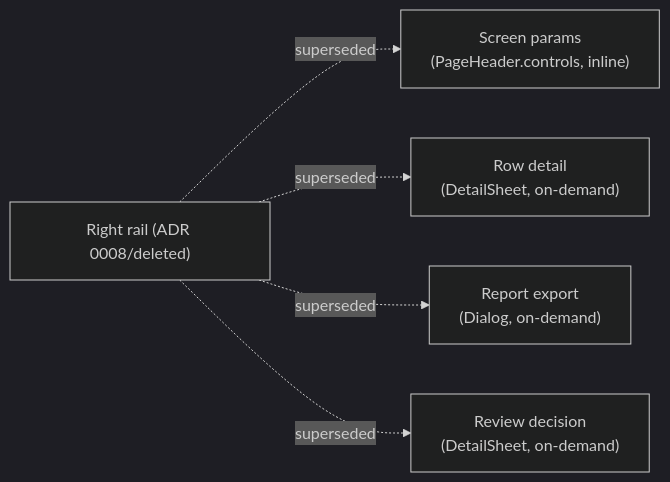
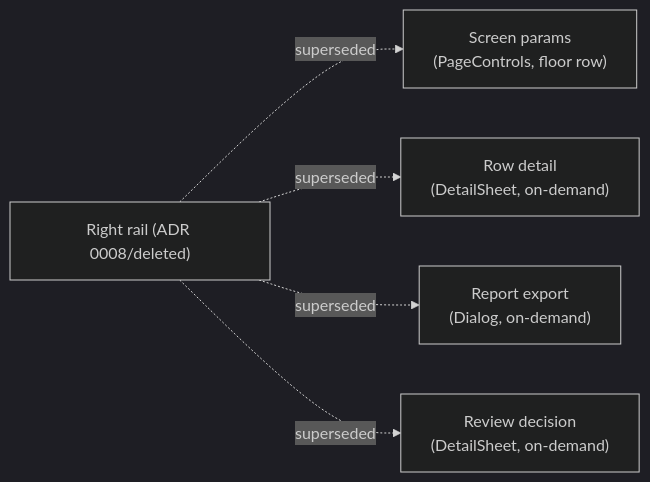
One commit to ADORSYS-GIS/converse-frontends changed the second of 3 diagrams in docs/adr/0012-console-visual-revamp.md. Above: the diagram before and after it, drawn with Mermaid (dark theme). The commit also changed other lines of this file and 86 other files, not shown here.

````diff
--- a/docs/adr/0012-console-visual-revamp.md
+++ b/docs/adr/0012-console-visual-revamp.md
@@ -238,7 +251,7 @@
 ```mermaid
 flowchart LR
-    A["Right rail (ADR 0008/deleted)"] -.superseded.-> B1["Screen params\n(PageHeader.controls, inline)"]
+    A["Right rail (ADR 0008/deleted)"] -.superseded.-> B1["Screen params\n(PageControls, floor row)"]
     A -.superseded.-> B2["Row detail\n(DetailSheet, on-demand)"]
     A -.superseded.-> B3["Report export\n(Dialog, on-demand)"]
     A -.superseded.-> B4["Review decision\n(DetailSheet, on-demand)"]
 ```
````
